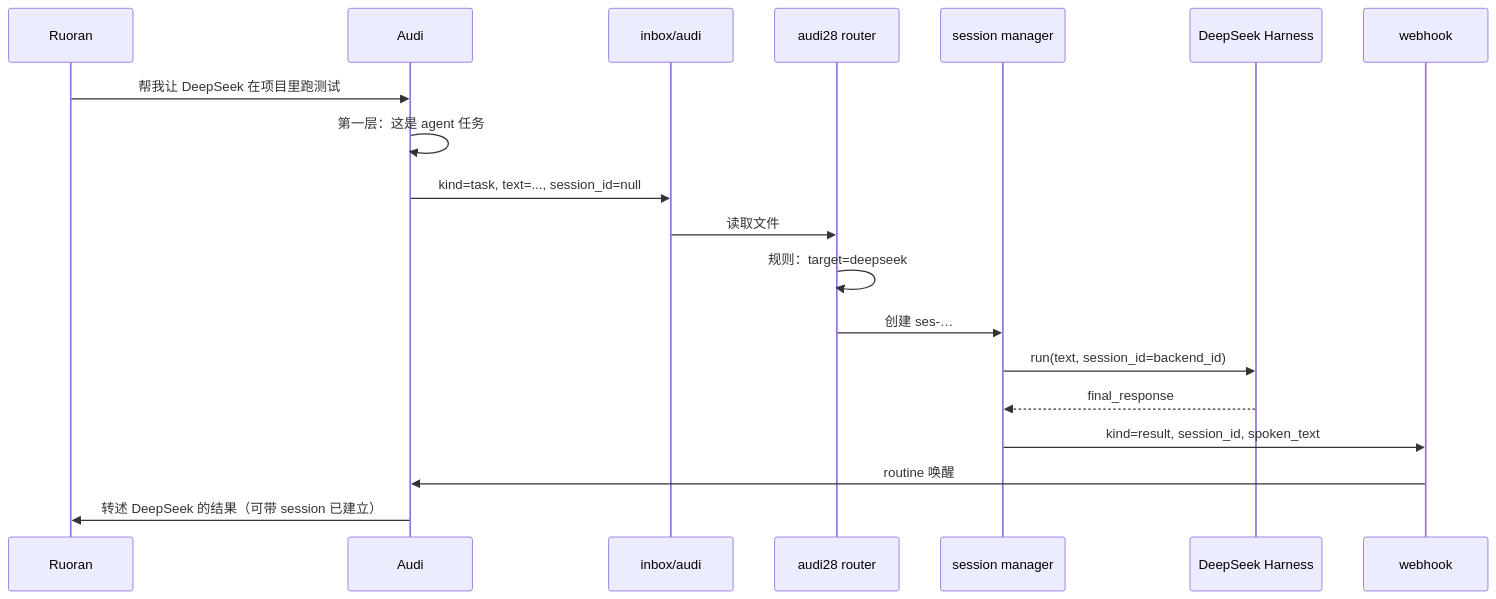
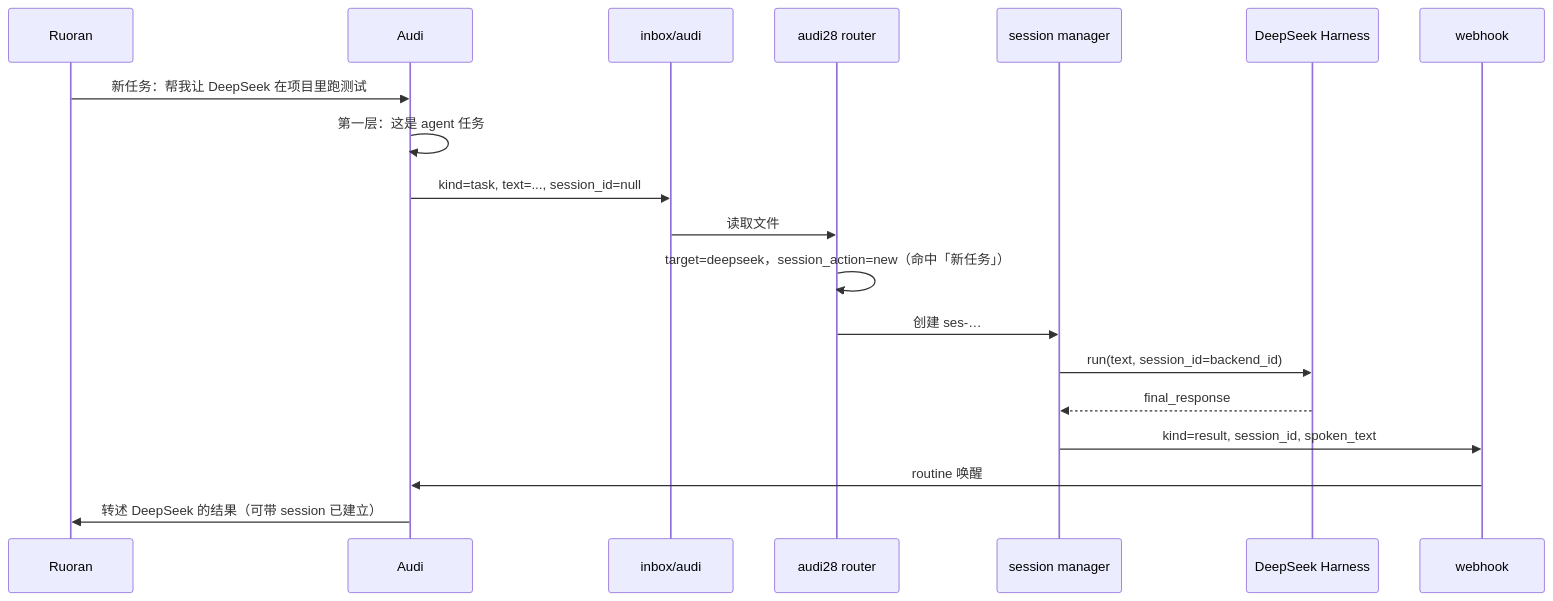
The second of 4 diagrams in docs/DESIGN.md (abharosim/audi28), drawn with Mermaid before and after one commit. The commit also changed other lines of this file and 22 other files, not shown here.

````diff
--- a/docs/DESIGN.md
+++ b/docs/DESIGN.md
@@ -272,22 +297,22 @@
 ```mermaid
 sequenceDiagram
   participant U as Ruoran
   participant A as Audi
   participant I as inbox/audi
   participant R as audi28 router
   participant S as session manager
   participant D as DeepSeek Harness
   participant W as webhook
 
-  U->>A: 帮我让 DeepSeek 在项目里跑测试
+  U->>A: 新任务：帮我让 DeepSeek 在项目里跑测试
   A->>A: 第一层：这是 agent 任务
   A->>I: kind=task, text=..., session_id=null
   I->>R: 读取文件
-  R->>R: 规则：target=deepseek
+  R->>R: target=deepseek，session_action=new（命中「新任务」）
   R->>S: 创建 ses-…
   S->>D: run(text, session_id=backend_id)
   D-->>S: final_response
   S->>W: kind=result, session_id, spoken_text
   W->>A: routine 唤醒
   A->>U: 转述 DeepSeek 的结果（可带 session 已建立）
 ```
````
